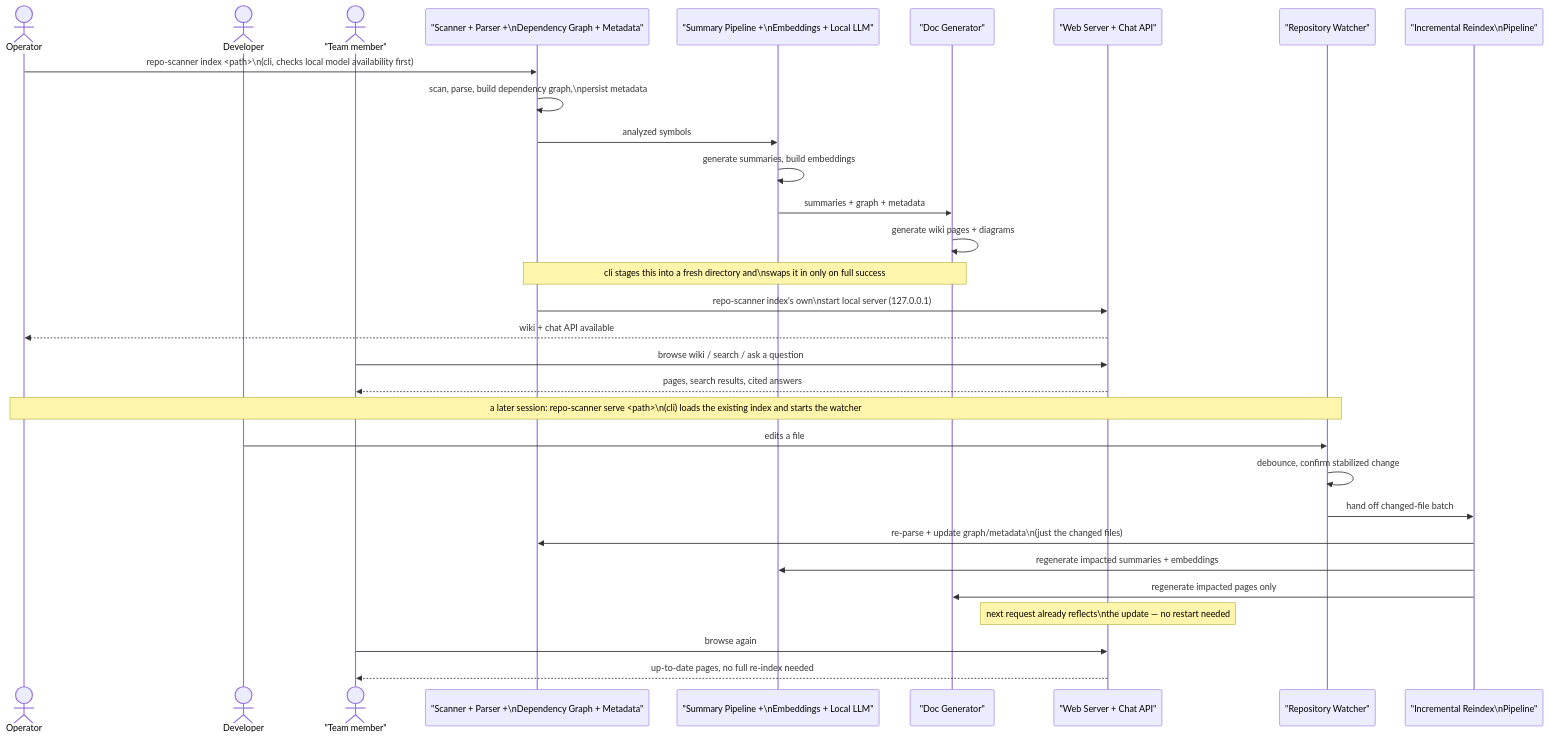
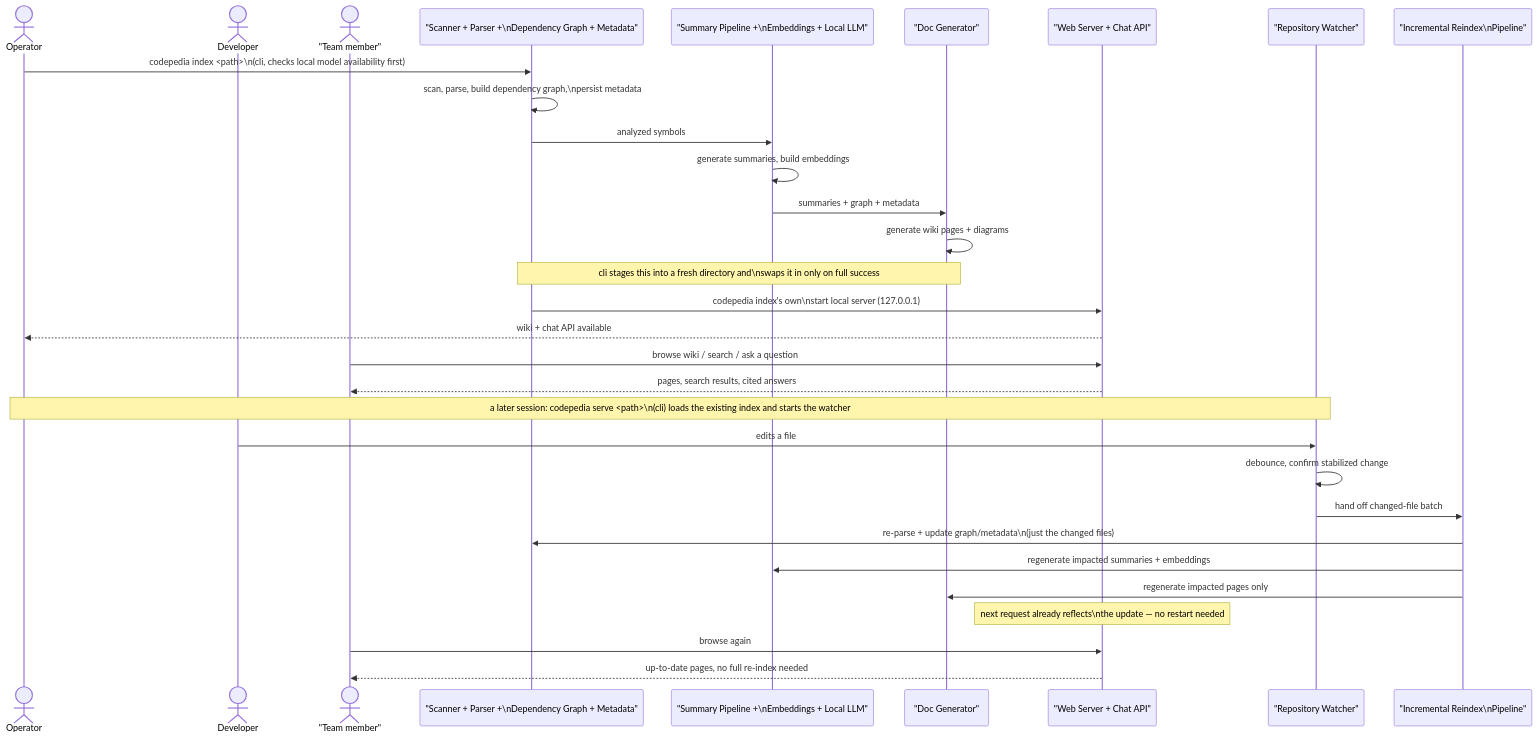
One commit to yassinelalaoui/codepedia changed the diagram in docs/diagrams/sequence-diagrams/00-overview.md. Above: the diagram before and after it, drawn with Mermaid. The commit also changed 65 other files, not shown here.

First line of the commit message:
Rename project from repo-scanner to codepedia

````diff
--- a/docs/diagrams/sequence-diagrams/00-overview.md
+++ b/docs/diagrams/sequence-diagrams/00-overview.md
@@ -11,37 +11,37 @@
 ```mermaid
 sequenceDiagram
     actor Operator
     actor Developer
     actor Reader as "Team member"
     participant Scanner as "Scanner + Parser +\nDependency Graph + Metadata"
     participant AI as "Summary Pipeline +\nEmbeddings + Local LLM"
     participant Docs as "Doc Generator"
     participant Server as "Web Server + Chat API"
     participant Watcher as "Repository Watcher"
     participant Reindex as "Incremental Reindex\nPipeline"
 
-    Operator->>Scanner: repo-scanner index <path>\n(cli, checks local model availability first)
+    Operator->>Scanner: codepedia index <path>\n(cli, checks local model availability first)
     Scanner->>Scanner: scan, parse, build dependency graph,\npersist metadata
     Scanner->>AI: analyzed symbols
     AI->>AI: generate summaries, build embeddings
     AI->>Docs: summaries + graph + metadata
     Docs->>Docs: generate wiki pages + diagrams
     Note over Scanner,Docs: cli stages this into a fresh directory and\nswaps it in only on full success
-    Scanner->>Server: repo-scanner index's own\nstart local server (127.0.0.1)
+    Scanner->>Server: codepedia index's own\nstart local server (127.0.0.1)
     Server-->>Operator: wiki + chat API available
 
     Reader->>Server: browse wiki / search / ask a question
     Server-->>Reader: pages, search results, cited answers
 
-    Note over Operator,Watcher: a later session: repo-scanner serve <path>\n(cli) loads the existing index and starts the watcher
+    Note over Operator,Watcher: a later session: codepedia serve <path>\n(cli) loads the existing index and starts the watcher
     Developer->>Watcher: edits a file
     Watcher->>Watcher: debounce, confirm stabilized change
     Watcher->>Reindex: hand off changed-file batch
     Reindex->>Scanner: re-parse + update graph/metadata\n(just the changed files)
     Reindex->>AI: regenerate impacted summaries + embeddings
     Reindex->>Docs: regenerate impacted pages only
     Note over Server: next request already reflects\nthe update — no restart needed
 
     Reader->>Server: browse again
     Server-->>Reader: up-to-date pages, no full re-index needed
 ```
````
